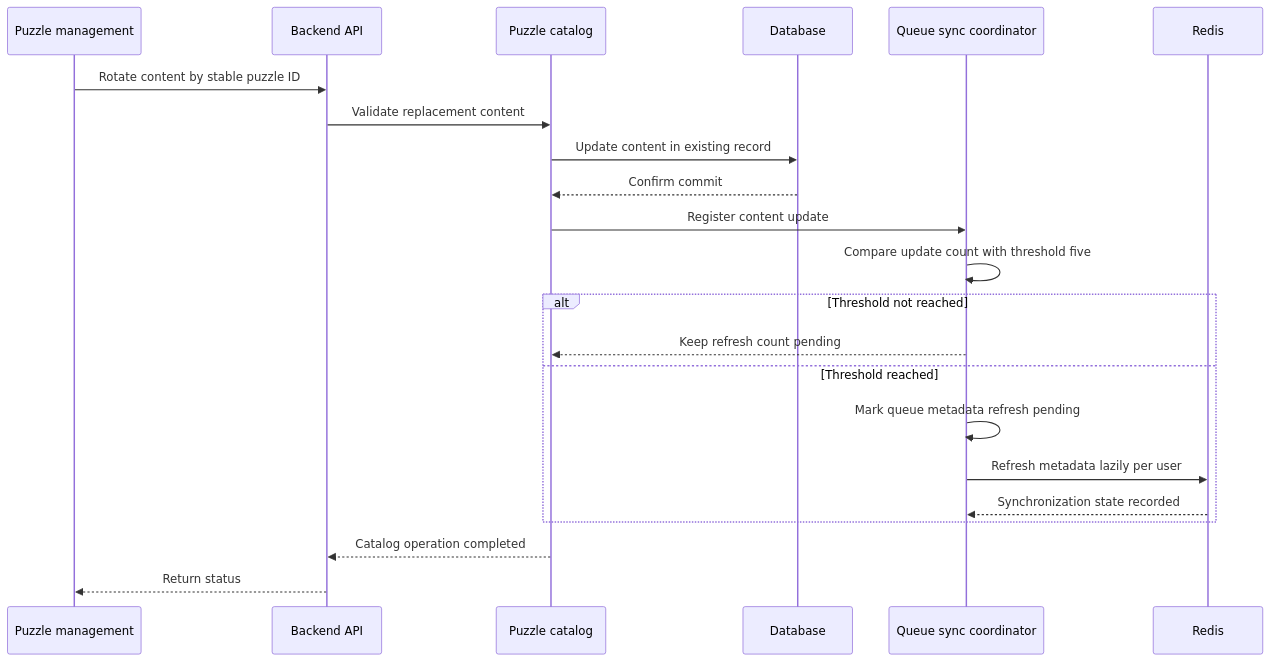
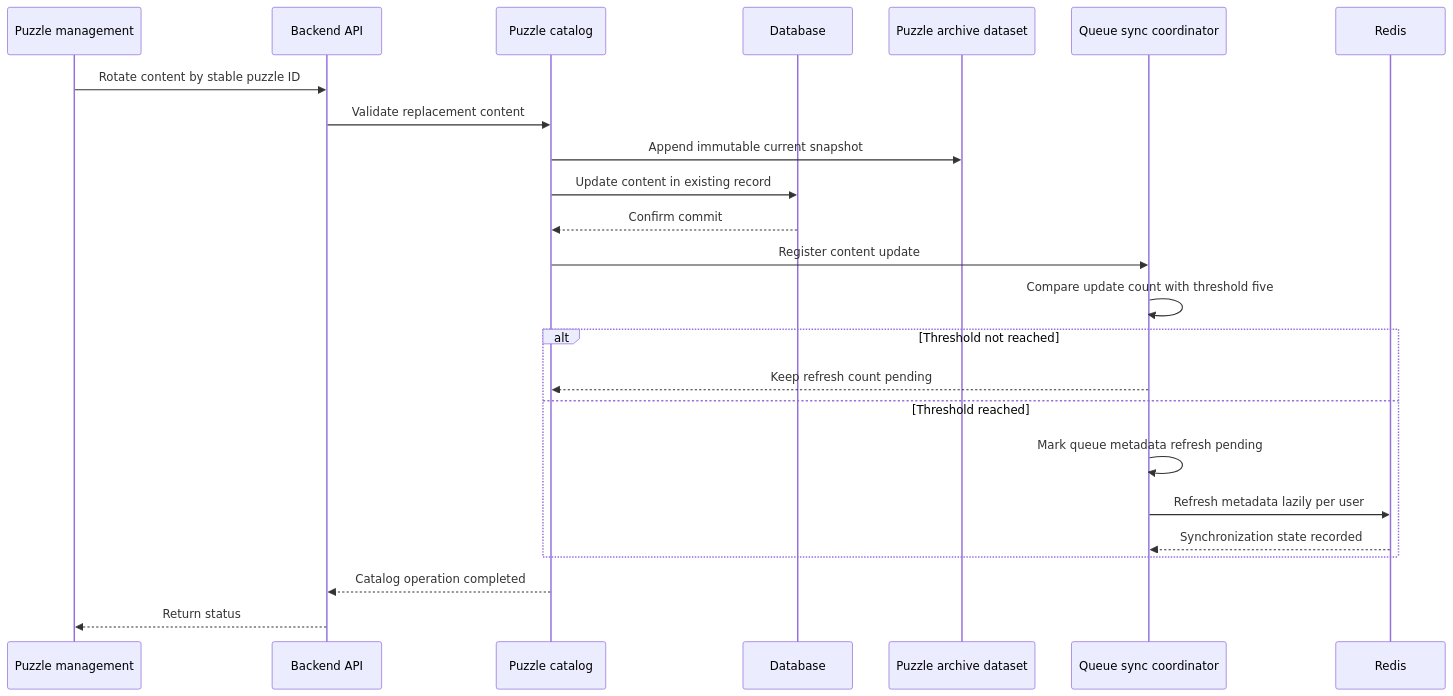
The eighth of 9 diagrams in technical-architecture.md (yassine0010/pikpok), drawn with Mermaid before and after one commit. The commit also changed other lines of this file and 3 other files, not shown here.

````diff
--- a/technical-architecture.md
+++ b/technical-architecture.md
@@ -920,27 +1009,29 @@
 ```mermaid
 sequenceDiagram
     participant M as Puzzle management
     participant A as Backend API
-    participant P as Puzzle catalog
-    participant D as Database
-    participant S as Queue sync coordinator
+   participant P as Puzzle catalog
+   participant D as Database
+    participant H as Puzzle archive dataset
+   participant S as Queue sync coordinator
     participant R as Redis
 
-    M->>A: Rotate content by stable puzzle ID
-    A->>P: Validate replacement content
-    P->>D: Update content in existing record
+   M->>A: Rotate content by stable puzzle ID
+   A->>P: Validate replacement content
+    P->>H: Append immutable current snapshot
+   P->>D: Update content in existing record
     D-->>P: Confirm commit
     P->>S: Register content update
     S->>S: Compare update count with threshold five
 
     alt Threshold not reached
         S-->>P: Keep refresh count pending
     else Threshold reached
         S->>S: Mark queue metadata refresh pending
         S->>R: Refresh metadata lazily per user
         R-->>S: Synchronization state recorded
     end
 
     P-->>A: Catalog operation completed
     A-->>M: Return status
 ```
````
